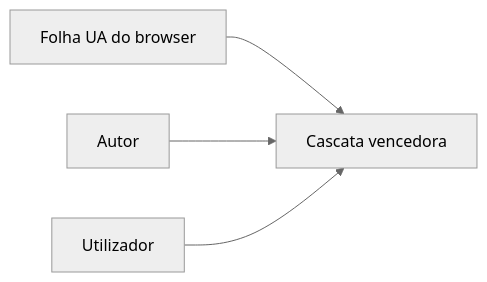
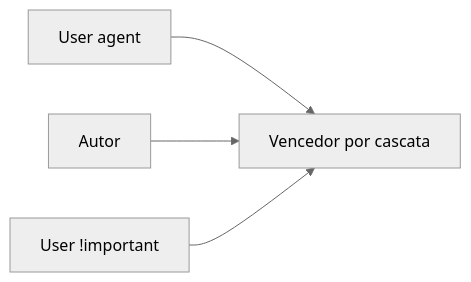
The diagram in frontend/03-css.md (tiagocosmai/study-materials), drawn with Mermaid (neutral theme) before and after one commit. The commit also changed other lines of this file and 14 other files, not shown here.

````diff
--- a/frontend/03-css.md
+++ b/frontend/03-css.md
@@ -7,9 +7,9 @@
 ```mermaid
 flowchart LR
-  UA[Folha UA do browser]
+  UA[User agent]
   AUTH[Autor]
-  USER[Utilizador]
-  UA --> C[Cascata vencedora]
-  AUTH --> C
-  USER --> C
+  USER[User !important]
+  UA --> WIN[Vencedor por cascata]
+  AUTH --> WIN
+  USER --> WIN
 ```
````
